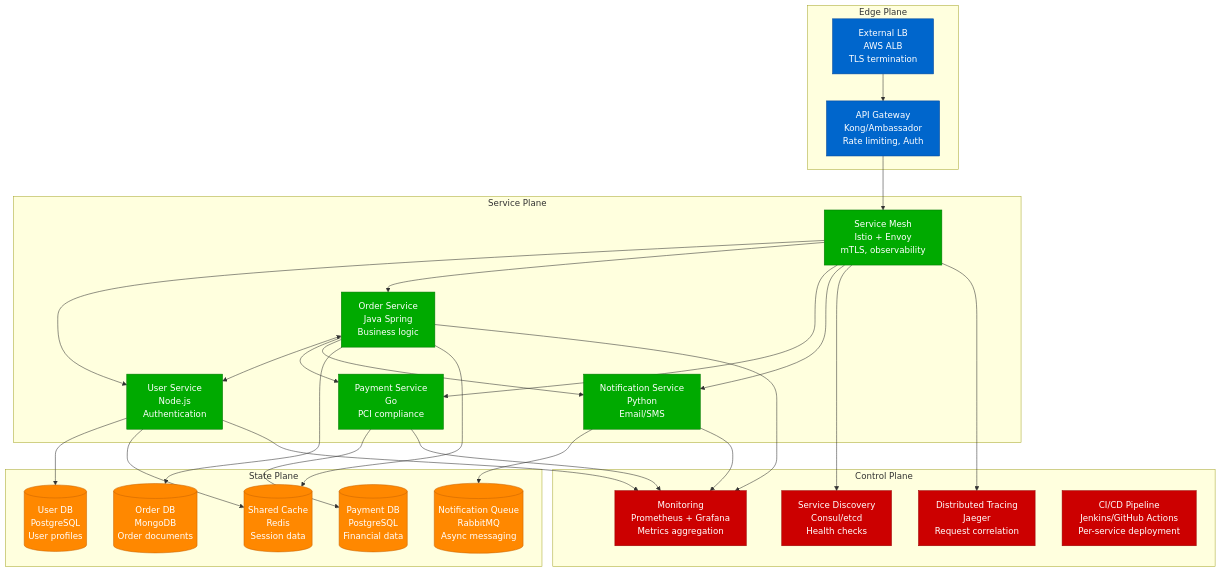
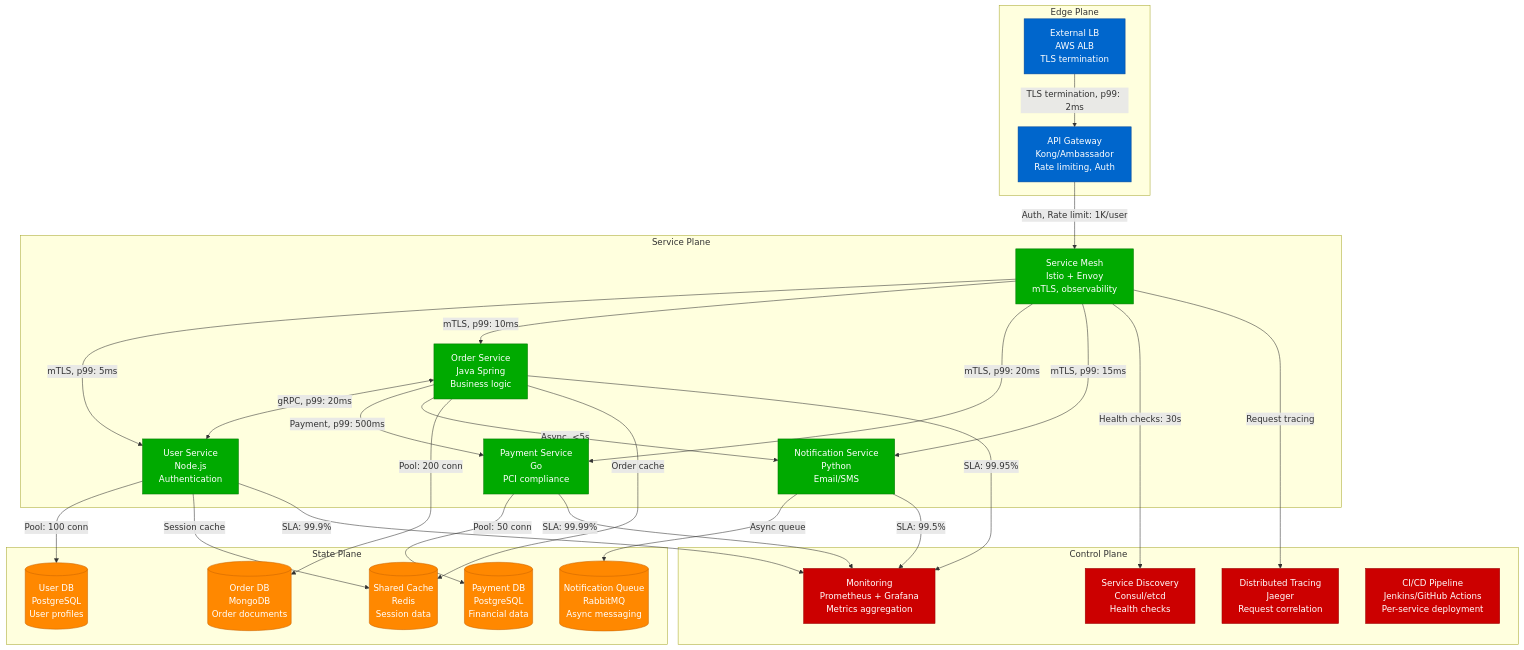
The third of 11 diagrams in site/docs/patterns/system-patterns.md (deepaucksharma/DS), drawn with Mermaid before and after one commit. The commit also changed other lines of this file and 108 other files, not shown here.

````diff
--- a/site/docs/patterns/system-patterns.md
+++ b/site/docs/patterns/system-patterns.md
@@ -193,72 +193,72 @@
 ```mermaid
 graph TB
     subgraph EdgePlane[Edge Plane]
         API_GW[API Gateway<br/>Kong/Ambassador<br/>Rate limiting, Auth]
         EXT_LB[External LB<br/>AWS ALB<br/>TLS termination]
     end
 
     subgraph ServicePlane[Service Plane]
         USER_SVC[User Service<br/>Node.js<br/>Authentication]
         ORDER_SVC[Order Service<br/>Java Spring<br/>Business logic]
         PAY_SVC[Payment Service<br/>Go<br/>PCI compliance]
         NOTIF_SVC[Notification Service<br/>Python<br/>Email/SMS]
 
         MESH[Service Mesh<br/>Istio + Envoy<br/>mTLS, observability]
     end
 
     subgraph StatePlane[State Plane]
         USER_DB[(User DB<br/>PostgreSQL<br/>User profiles)]
         ORDER_DB[(Order DB<br/>MongoDB<br/>Order documents)]
         PAY_DB[(Payment DB<br/>PostgreSQL<br/>Financial data)]
         NOTIF_QUEUE[(Notification Queue<br/>RabbitMQ<br/>Async messaging)]
         SHARED_CACHE[(Shared Cache<br/>Redis<br/>Session data)]
     end
 
     subgraph ControlPlane[Control Plane]
         SERVICE_DISC[Service Discovery<br/>Consul/etcd<br/>Health checks]
         MONITORING[Monitoring<br/>Prometheus + Grafana<br/>Metrics aggregation]
         TRACING[Distributed Tracing<br/>Jaeger<br/>Request correlation]
         CI_CD[CI/CD Pipeline<br/>Jenkins/GitHub Actions<br/>Per-service deployment]
     end
 
     %% External flow
-    EXT_LB --> API_GW
-    API_GW --> MESH
+    EXT_LB -->|TLS termination, p99: 2ms| API_GW
+    API_GW -->|Auth, Rate limit: 1K/user| MESH
 
     %% Service communication
-    MESH --> USER_SVC
-    MESH --> ORDER_SVC
-    MESH --> PAY_SVC
-    MESH --> NOTIF_SVC
+    MESH -->|mTLS, p99: 5ms| USER_SVC
+    MESH -->|mTLS, p99: 10ms| ORDER_SVC
+    MESH -->|mTLS, p99: 20ms| PAY_SVC
+    MESH -->|mTLS, p99: 15ms| NOTIF_SVC
 
     %% Service-to-service calls
-    ORDER_SVC <--> USER_SVC
-    ORDER_SVC --> PAY_SVC
-    ORDER_SVC --> NOTIF_SVC
+    ORDER_SVC <-->|gRPC, p99: 20ms| USER_SVC
+    ORDER_SVC -->|Payment, p99: 500ms| PAY_SVC
+    ORDER_SVC -->|Async, <5s| NOTIF_SVC
 
     %% Data layer
-    USER_SVC --> USER_DB
-    ORDER_SVC --> ORDER_DB
-    PAY_SVC --> PAY_DB
-    NOTIF_SVC --> NOTIF_QUEUE
-    USER_SVC --> SHARED_CACHE
-    ORDER_SVC --> SHARED_CACHE
+    USER_SVC -->|Pool: 100 conn| USER_DB
+    ORDER_SVC -->|Pool: 200 conn| ORDER_DB
+    PAY_SVC -->|Pool: 50 conn| PAY_DB
+    NOTIF_SVC -->|Async queue| NOTIF_QUEUE
+    USER_SVC -->|Session cache| SHARED_CACHE
+    ORDER_SVC -->|Order cache| SHARED_CACHE
 
     %% Control plane connections
-    MESH --> SERVICE_DISC
-    USER_SVC --> MONITORING
-    ORDER_SVC --> MONITORING
-    PAY_SVC --> MONITORING
-    NOTIF_SVC --> MONITORING
-    MESH --> TRACING
+    MESH -->|Health checks: 30s| SERVICE_DISC
+    USER_SVC -->|SLA: 99.9%| MONITORING
+    ORDER_SVC -->|SLA: 99.95%| MONITORING
+    PAY_SVC -->|SLA: 99.99%| MONITORING
+    NOTIF_SVC -->|SLA: 99.5%| MONITORING
+    MESH -->|Request tracing| TRACING
 
     classDef edgeStyle fill:#0066CC,stroke:#004499,color:#fff
     classDef serviceStyle fill:#00AA00,stroke:#007700,color:#fff
     classDef stateStyle fill:#FF8800,stroke:#CC6600,color:#fff
     classDef controlStyle fill:#CC0000,stroke:#990000,color:#fff
 
     class API_GW,EXT_LB edgeStyle
     class USER_SVC,ORDER_SVC,PAY_SVC,NOTIF_SVC,MESH serviceStyle
     class USER_DB,ORDER_DB,PAY_DB,NOTIF_QUEUE,SHARED_CACHE stateStyle
     class SERVICE_DISC,MONITORING,TRACING,CI_CD controlStyle
 ```
````
